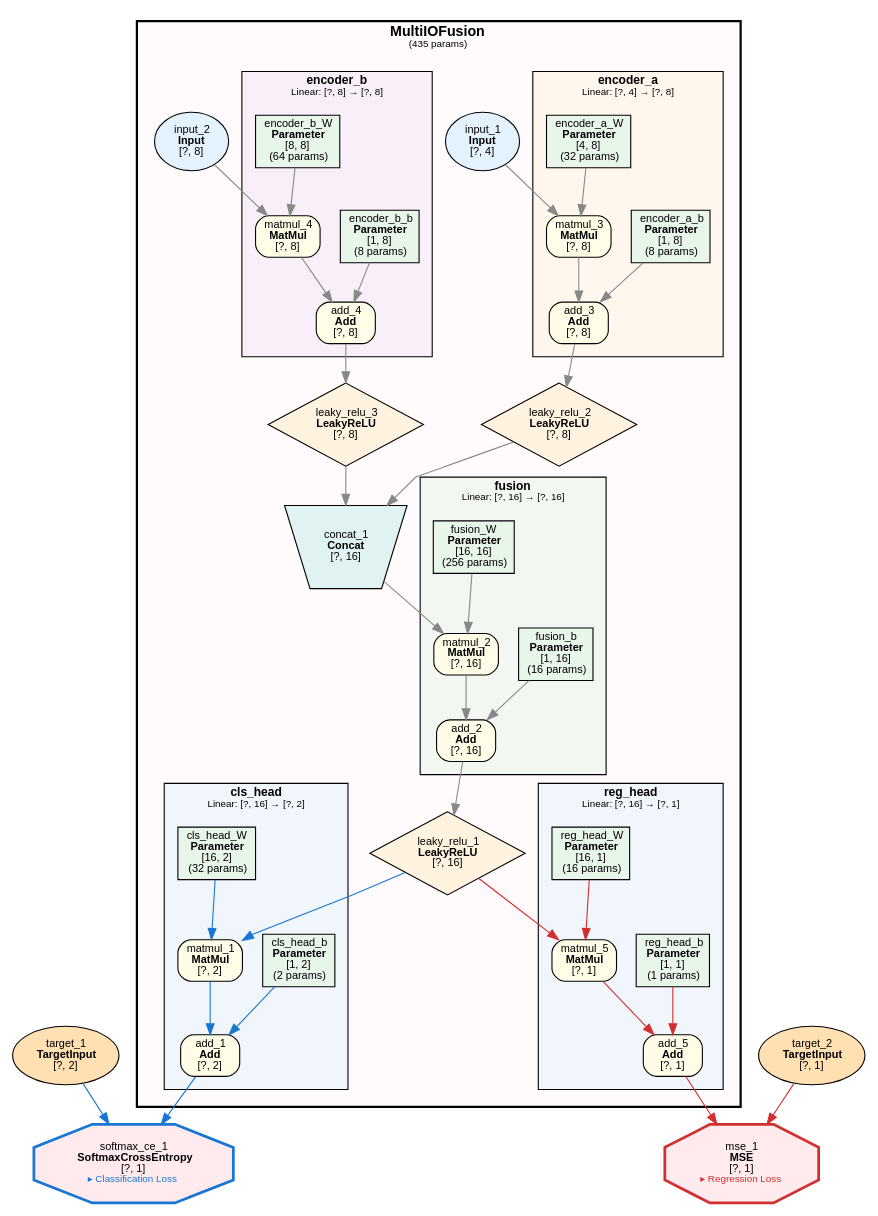
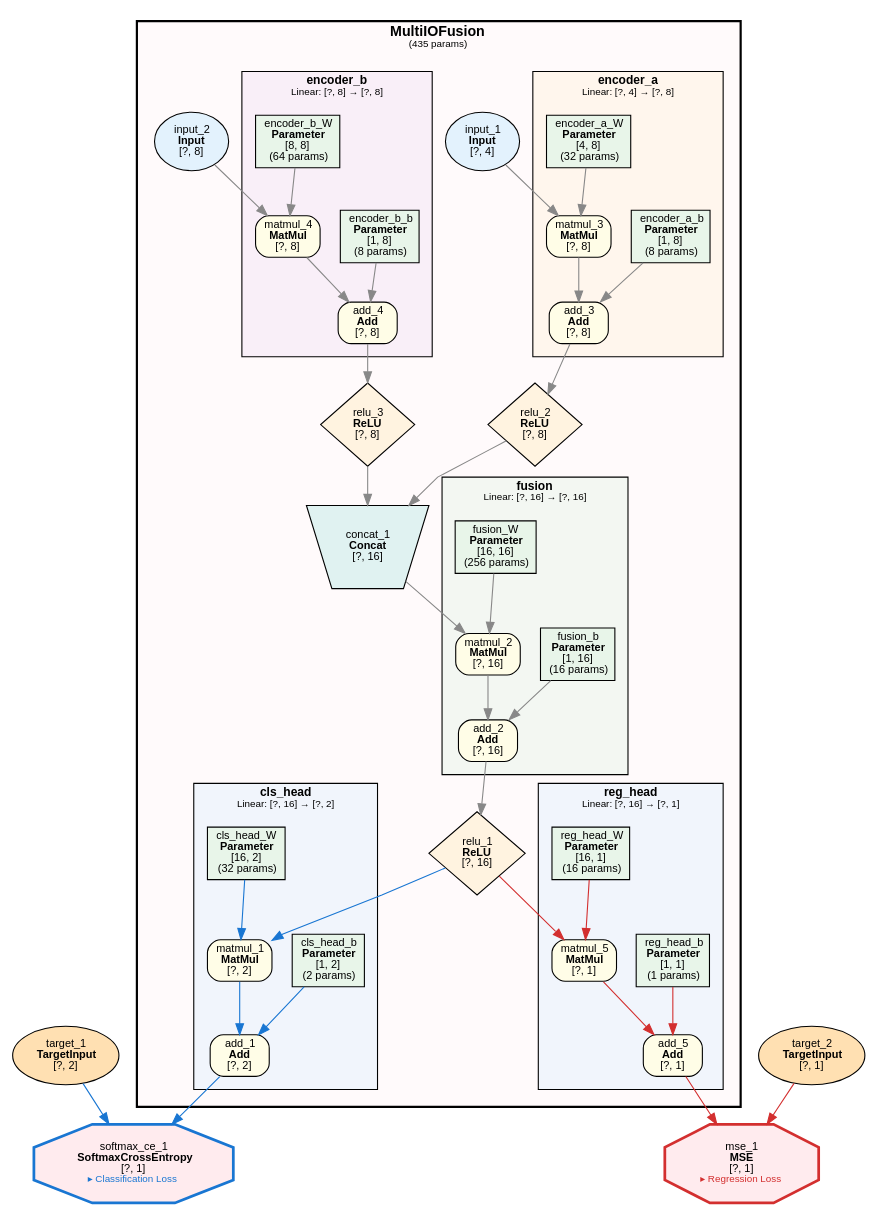
Before and after one commit to dbsxdbsx/only_torch: the diagram in examples/multi_io_fusion/multi_io_fusion.dot, drawn with Graphviz. The commit also changed 9 other files, not shown here.

First line of the commit message:
refactor: replace LeakyReLU with ReLU in compute graph representations

```diff
--- a/examples/multi_io_fusion/multi_io_fusion.dot
+++ b/examples/multi_io_fusion/multi_io_fusion.dot
@@ -1,123 +1,123 @@
 digraph ComputeGraph {
     rankdir=TB;
     newrank=true;
     splines=polyline;
     node [fontname="Microsoft YaHei,SimHei,Arial"];
     edge [fontname="Microsoft YaHei,SimHei,Arial"];
 
     subgraph cluster_model_MultiIOFusion {
         label=<<B>MultiIOFusion</B><BR/><FONT POINT-SIZE="9">(435 params)</FONT>>;
         style="filled,bold";
         fillcolor="#FFEBEE40";
         fontname="Microsoft YaHei,SimHei,Arial";
         fontsize=13;
         margin=16;
 
         subgraph cluster_MultiIOFusion_cls_head {
             label=<<B>cls_head</B><BR/><FONT POINT-SIZE="9">Linear: [?, 16] → [?, 2]</FONT>>;
             style=filled;
             fillcolor="#E3F2FD80";
             fontname="Microsoft YaHei,SimHei,Arial";
             fontsize=11;
             margin=12;
                 "2" [label=<add_1<BR/><B>Add</B><BR/>[?, 2]> shape=box style="filled,rounded" fillcolor="#FFFDE7" fontsize=10];
                 "4" [label=<matmul_1<BR/><B>MatMul</B><BR/>[?, 2]> shape=box style="filled,rounded" fillcolor="#FFFDE7" fontsize=10];
                 "5" [label=<cls_head_b<BR/><B>Parameter</B><BR/>[1, 2]<BR/>(2 params)> shape=box style=filled fillcolor="#E8F5E9" fontsize=10];
                 "7" [label=<cls_head_W<BR/><B>Parameter</B><BR/>[16, 2]<BR/>(32 params)> shape=box style=filled fillcolor="#E8F5E9" fontsize=10];
         }
 
         subgraph cluster_MultiIOFusion_fusion {
             label=<<B>fusion</B><BR/><FONT POINT-SIZE="9">Linear: [?, 16] → [?, 16]</FONT>>;
             style=filled;
             fillcolor="#E8F5E980";
             fontname="Microsoft YaHei,SimHei,Arial";
             fontsize=11;
             margin=12;
                 "8" [label=<add_2<BR/><B>Add</B><BR/>[?, 16]> shape=box style="filled,rounded" fillcolor="#FFFDE7" fontsize=10];
                 "9" [label=<matmul_2<BR/><B>MatMul</B><BR/>[?, 16]> shape=box style="filled,rounded" fillcolor="#FFFDE7" fontsize=10];
                 "10" [label=<fusion_b<BR/><B>Parameter</B><BR/>[1, 16]<BR/>(16 params)> shape=box style=filled fillcolor="#E8F5E9" fontsize=10];
                 "12" [label=<fusion_W<BR/><B>Parameter</B><BR/>[16, 16]<BR/>(256 params)> shape=box style=filled fillcolor="#E8F5E9" fontsize=10];
         }
 
         subgraph cluster_MultiIOFusion_encoder_a {
             label=<<B>encoder_a</B><BR/><FONT POINT-SIZE="9">Linear: [?, 4] → [?, 8]</FONT>>;
             style=filled;
             fillcolor="#FFF3E080";
             fontname="Microsoft YaHei,SimHei,Arial";
             fontsize=11;
             margin=12;
                 "15" [label=<add_3<BR/><B>Add</B><BR/>[?, 8]> shape=box style="filled,rounded" fillcolor="#FFFDE7" fontsize=10];
                 "17" [label=<matmul_3<BR/><B>MatMul</B><BR/>[?, 8]> shape=box style="filled,rounded" fillcolor="#FFFDE7" fontsize=10];
                 "18" [label=<encoder_a_b<BR/><B>Parameter</B><BR/>[1, 8]<BR/>(8 params)> shape=box style=filled fillcolor="#E8F5E9" fontsize=10];
                 "22" [label=<encoder_a_W<BR/><B>Parameter</B><BR/>[4, 8]<BR/>(32 params)> shape=box style=filled fillcolor="#E8F5E9" fontsize=10];
         }
 
         subgraph cluster_MultiIOFusion_encoder_b {
             label=<<B>encoder_b</B><BR/><FONT POINT-SIZE="9">Linear: [?, 8] → [?, 8]</FONT>>;
             style=filled;
             fillcolor="#F3E5F580";
             fontname="Microsoft YaHei,SimHei,Arial";
             fontsize=11;
             margin=12;
                 "16" [label=<add_4<BR/><B>Add</B><BR/>[?, 8]> shape=box style="filled,rounded" fillcolor="#FFFDE7" fontsize=10];
                 "19" [label=<matmul_4<BR/><B>MatMul</B><BR/>[?, 8]> shape=box style="filled,rounded" fillcolor="#FFFDE7" fontsize=10];
                 "20" [label=<encoder_b_b<BR/><B>Parameter</B><BR/>[1, 8]<BR/>(8 params)> shape=box style=filled fillcolor="#E8F5E9" fontsize=10];
                 "24" [label=<encoder_b_W<BR/><B>Parameter</B><BR/>[8, 8]<BR/>(64 params)> shape=box style=filled fillcolor="#E8F5E9" fontsize=10];
         }
 
         subgraph cluster_MultiIOFusion_reg_head {
             label=<<B>reg_head</B><BR/><FONT POINT-SIZE="9">Linear: [?, 16] → [?, 1]</FONT>>;
             style=filled;
             fillcolor="#E3F2FD80";
             fontname="Microsoft YaHei,SimHei,Arial";
             fontsize=11;
             margin=12;
                 "26" [label=<add_5<BR/><B>Add</B><BR/>[?, 1]> shape=box style="filled,rounded" fillcolor="#FFFDE7" fontsize=10];
                 "28" [label=<matmul_5<BR/><B>MatMul</B><BR/>[?, 1]> shape=box style="filled,rounded" fillcolor="#FFFDE7" fontsize=10];
                 "29" [label=<reg_head_b<BR/><B>Parameter</B><BR/>[1, 1]<BR/>(1 params)> shape=box style=filled fillcolor="#E8F5E9" fontsize=10];
                 "30" [label=<reg_head_W<BR/><B>Parameter</B><BR/>[16, 1]<BR/>(16 params)> shape=box style=filled fillcolor="#E8F5E9" fontsize=10];
         }
 
-        "6" [label=<leaky_relu_1<BR/><B>LeakyReLU</B><BR/>[?, 16]> shape=diamond style=filled fillcolor="#FFF3E0" fontsize=10];
+        "6" [label=<relu_1<BR/><B>ReLU</B><BR/>[?, 16]> shape=diamond style=filled fillcolor="#FFF3E0" fontsize=10];
         "11" [label=<concat_1<BR/><B>Concat</B><BR/>[?, 16]> shape=invtrapezium style=filled fillcolor="#E0F2F1" fontsize=10];
-        "13" [label=<leaky_relu_2<BR/><B>LeakyReLU</B><BR/>[?, 8]> shape=diamond style=filled fillcolor="#FFF3E0" fontsize=10];
-        "14" [label=<leaky_relu_3<BR/><B>LeakyReLU</B><BR/>[?, 8]> shape=diamond style=filled fillcolor="#FFF3E0" fontsize=10];
+        "13" [label=<relu_2<BR/><B>ReLU</B><BR/>[?, 8]> shape=diamond style=filled fillcolor="#FFF3E0" fontsize=10];
+        "14" [label=<relu_3<BR/><B>ReLU</B><BR/>[?, 8]> shape=diamond style=filled fillcolor="#FFF3E0" fontsize=10];
         "21" [label=<input_1<BR/><B>Input</B><BR/>[?, 4]> shape=ellipse style=filled fillcolor="#E3F2FD" fontsize=10];
         "23" [label=<input_2<BR/><B>Input</B><BR/>[?, 8]> shape=ellipse style=filled fillcolor="#E3F2FD" fontsize=10];
     }
 
     "1" [label=<softmax_ce_1<BR/><B>SoftmaxCrossEntropy</B><BR/>[?, 1]<BR/><FONT COLOR="#1976D2" POINT-SIZE="9">▸ Classification Loss</FONT>> shape=octagon style=filled fillcolor="#FFEBEE" fontsize=10 penwidth=2.5 color="#1976D2"];
     "3" [label=<target_1<BR/><B>TargetInput</B><BR/>[?, 2]> shape=ellipse style=filled fillcolor="#FFE0B2" fontsize=10];
     "25" [label=<mse_1<BR/><B>MSE</B><BR/>[?, 1]<BR/><FONT COLOR="#D32F2F" POINT-SIZE="9">▸ Regression Loss</FONT>> shape=octagon style=filled fillcolor="#FFEBEE" fontsize=10 penwidth=2.5 color="#D32F2F"];
     "27" [label=<target_2<BR/><B>TargetInput</B><BR/>[?, 1]> shape=ellipse style=filled fillcolor="#FFE0B2" fontsize=10];
 
     "2" -> "1" [color="#1976D2"];
     "3" -> "1" [color="#1976D2"];
     "4" -> "2" [color="#1976D2"];
     "5" -> "2" [color="#1976D2"];
     "6" -> "4" [color="#1976D2"];
     "7" -> "4" [color="#1976D2"];
     "8" -> "6" [color="#888888"];
     "9" -> "8" [color="#888888"];
     "10" -> "8" [color="#888888"];
     "11" -> "9" [color="#888888"];
     "12" -> "9" [color="#888888"];
     "13" -> "11" [color="#888888"];
     "14" -> "11" [color="#888888"];
     "15" -> "13" [color="#888888"];
     "16" -> "14" [color="#888888"];
     "17" -> "15" [color="#888888"];
     "18" -> "15" [color="#888888"];
     "19" -> "16" [color="#888888"];
     "20" -> "16" [color="#888888"];
     "21" -> "17" [color="#888888"];
     "22" -> "17" [color="#888888"];
     "23" -> "19" [color="#888888"];
     "24" -> "19" [color="#888888"];
     "26" -> "25" [color="#D32F2F"];
     "27" -> "25" [color="#D32F2F"];
     "28" -> "26" [color="#D32F2F"];
     "29" -> "26" [color="#D32F2F"];
     "6" -> "28" [color="#D32F2F"];
     "30" -> "28" [color="#D32F2F"];
 }
```
